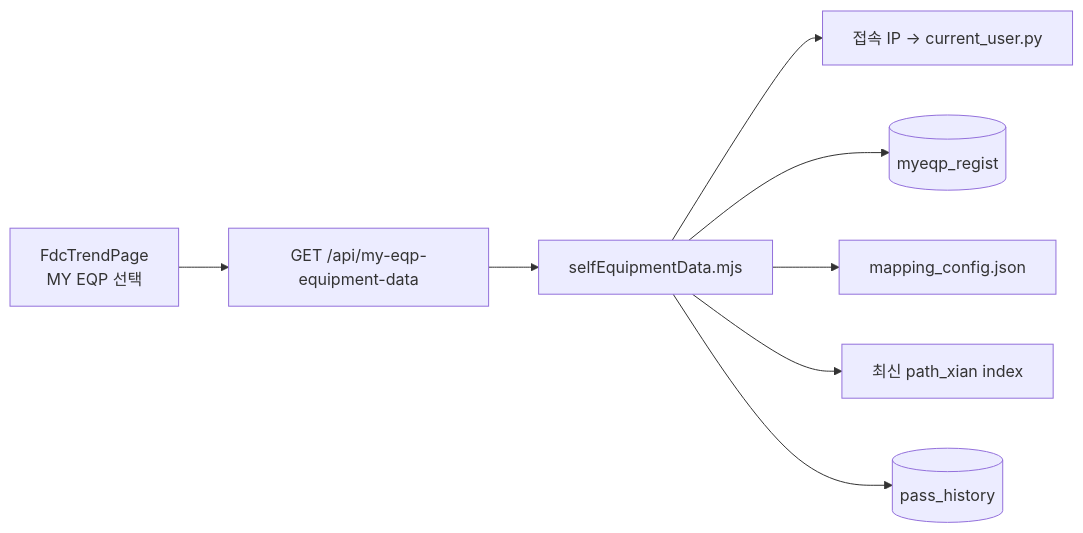
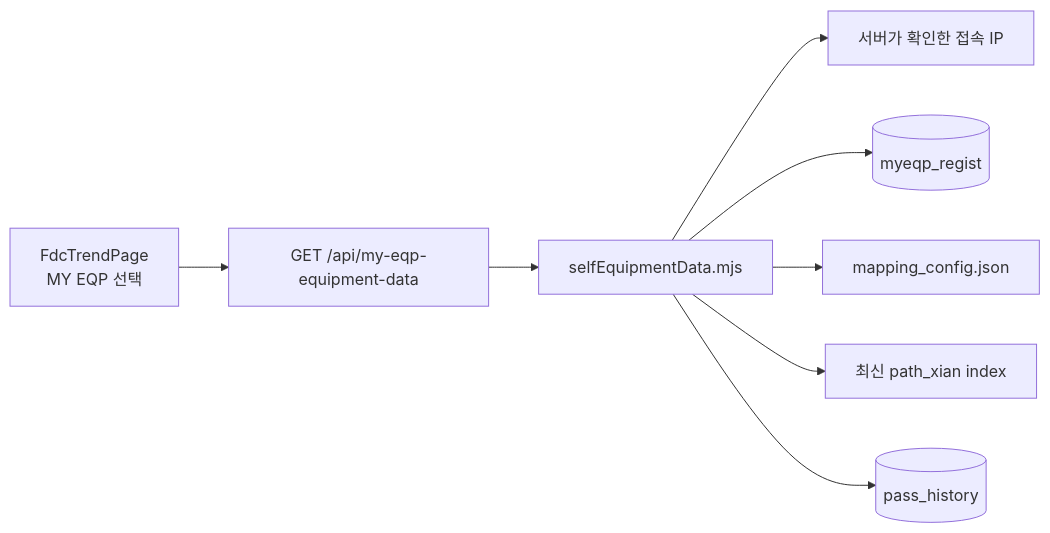
One commit to mlbarod/l0_spider_scs changed the sixth of 12 diagrams in web_structure.md. Above: the diagram before and after it, drawn with Mermaid. The commit also changed other lines of this file and 25 other files, not shown here.

````diff
--- a/web_structure.md
+++ b/web_structure.md
@@ -338,18 +339,18 @@
 ```mermaid
 flowchart LR
     PAGE["FdcTrendPage<br/>MY EQP 선택"]
     API["GET /api/my-eqp-equipment-data"]
     NODE["selfEquipmentData.mjs"]
-    IP["접속 IP → current_user.py"]
+    IP["서버가 확인한 접속 IP"]
     REG[("myeqp_regist")]
     MAP["mapping_config.json"]
     PATHS["최신 path_xian index"]
     SKIP[("pass_history")]
 
     PAGE --> API --> NODE
     NODE --> IP
     NODE --> REG
     NODE --> MAP
     NODE --> PATHS
     NODE --> SKIP
 ```
````
